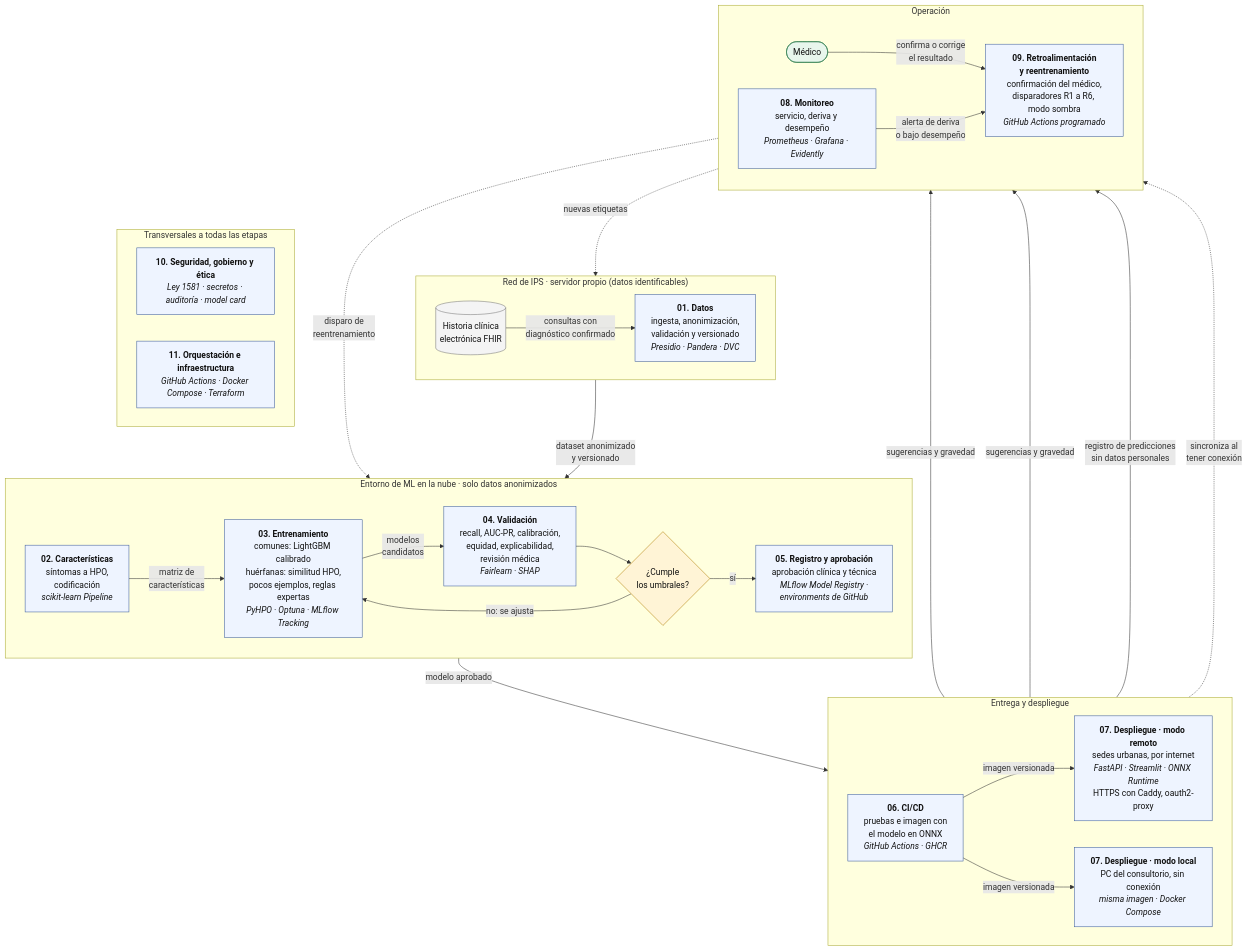
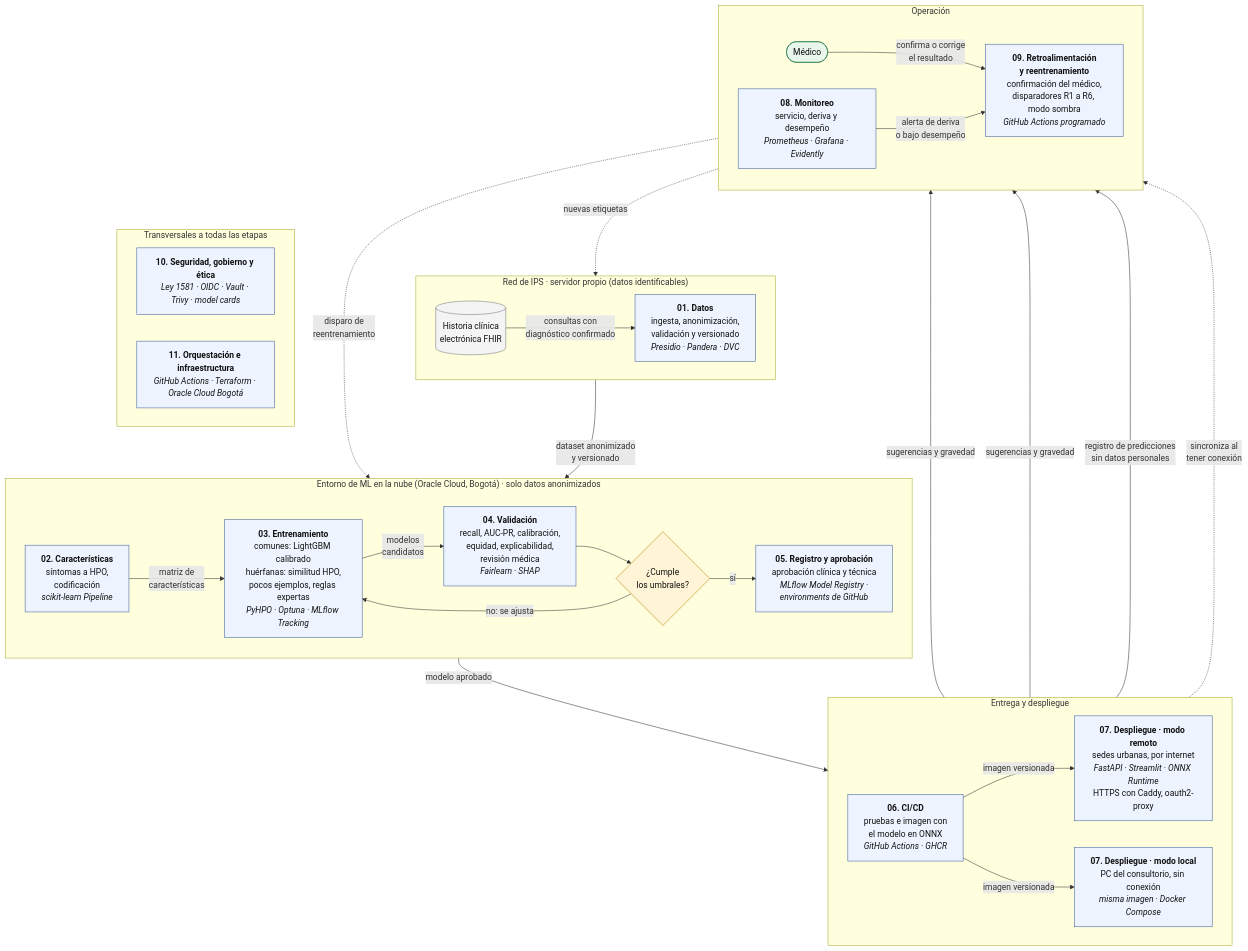
Before and after one commit to alexanderamam1/diagnostico_enfermedades-mlops-U3: the diagram in README.md, drawn with Mermaid. The commit also changed 2 other files, not shown here.

Commit message:
docs: alinear diagrama, tabla de etapas y CI/CD con las etapas 10 y 11

````diff
--- a/README.md
+++ b/README.md
@@ -9,66 +9,66 @@
 ```mermaid
 flowchart TB
     subgraph RED["Red de IPS · servidor propio (datos identificables)"]
         direction LR
         HCE[("Historia clínica<br/>electrónica FHIR")]
         D01["<b>01. Datos</b><br/>ingesta, anonimización,<br/>validación y versionado<br/><i>Presidio · Pandera · DVC</i>"]
         HCE -- "consultas con<br/>diagnóstico confirmado" --> D01
     end
 
-    subgraph ML["Entorno de ML en la nube · solo datos anonimizados"]
+    subgraph ML["Entorno de ML en la nube (Oracle Cloud, Bogotá) · solo datos anonimizados"]
         direction LR
         D02["<b>02. Características</b><br/>síntomas a HPO,<br/>codificación<br/><i>scikit-learn Pipeline</i>"]
         D03["<b>03. Entrenamiento</b><br/>comunes: LightGBM calibrado<br/>huérfanas: similitud HPO,<br/>pocos ejemplos, reglas expertas<br/><i>PyHPO · Optuna · MLflow Tracking</i>"]
         D04["<b>04. Validación</b><br/>recall, AUC-PR, calibración,<br/>equidad, explicabilidad,<br/>revisión médica<br/><i>Fairlearn · SHAP</i>"]
         Q{"¿Cumple<br/>los umbrales?"}
         D05["<b>05. Registro y aprobación</b><br/>aprobación clínica y técnica<br/><i>MLflow Model Registry ·<br/>environments de GitHub</i>"]
         D02 -- "matriz de<br/>características" --> D03
         D03 -- "modelos<br/>candidatos" --> D04
         D04 --> Q
         Q -- "no: se ajusta" --> D03
         Q -- "sí" --> D05
     end
 
     subgraph ENT["Entrega y despliegue"]
         direction LR
         D06["<b>06. CI/CD</b><br/>pruebas e imagen con<br/>el modelo en ONNX<br/><i>GitHub Actions · GHCR</i>"]
         D07R["<b>07. Despliegue · modo remoto</b><br/>sedes urbanas, por internet<br/><i>FastAPI · Streamlit · ONNX Runtime</i><br/>HTTPS con Caddy, oauth2-proxy"]
         D07L["<b>07. Despliegue · modo local</b><br/>PC del consultorio, sin conexión<br/><i>misma imagen · Docker Compose</i>"]
         D06 -- "imagen versionada" --> D07R
         D06 -- "imagen versionada" --> D07L
     end
 
     subgraph OP["Operación"]
         direction LR
         MED(["Médico"])
         D08["<b>08. Monitoreo</b><br/>servicio, deriva y desempeño<br/><i>Prometheus · Grafana · Evidently</i>"]
         D09["<b>09. Retroalimentación<br/>y reentrenamiento</b><br/>confirmación del médico,<br/>disparadores R1 a R6, modo sombra<br/><i>GitHub Actions programado</i>"]
         MED -- "confirma o corrige<br/>el resultado" --> D09
         D08 -- "alerta de deriva<br/>o bajo desempeño" --> D09
     end
 
     subgraph TR["Transversales a todas las etapas"]
         direction LR
-        D10["<b>10. Seguridad, gobierno y ética</b><br/><i>Ley 1581 · secretos · auditoría · model card</i>"]
-        D11["<b>11. Orquestación e infraestructura</b><br/><i>GitHub Actions · Docker Compose · Terraform</i>"]
+        D10["<b>10. Seguridad, gobierno y ética</b><br/><i>Ley 1581 · OIDC · Vault · Trivy · model cards</i>"]
+        D11["<b>11. Orquestación e infraestructura</b><br/><i>GitHub Actions · Terraform · Oracle Cloud Bogotá</i>"]
     end
 
     D01 -- "dataset anonimizado<br/>y versionado" --> D02
     D05 -- "modelo aprobado" --> D06
     D07R -- "sugerencias y gravedad" --> MED
     D07L -- "sugerencias y gravedad" --> MED
     D07R -- "registro de predicciones<br/>sin datos personales" --> D08
     D07L -. "sincroniza al<br/>tener conexión" .-> D08
     D09 -. "nuevas etiquetas" .-> D01
     D09 -. "disparo de<br/>reentrenamiento" .-> D03
     OP ~~~ TR
 
     classDef etapa fill:#eef4ff,stroke:#3b5b9a,color:#111
     classDef decision fill:#fff4d6,stroke:#b07d00,color:#111
     classDef actor fill:#e8f6ec,stroke:#2e7d4f,color:#111
     classDef dato fill:#f4f4f4,stroke:#777,color:#111
     class D01,D02,D03,D04,D05,D06,D07R,D07L,D08,D09,D10,D11 etapa
     class Q decision
     class MED actor
     class HCE dato
 ```
````
